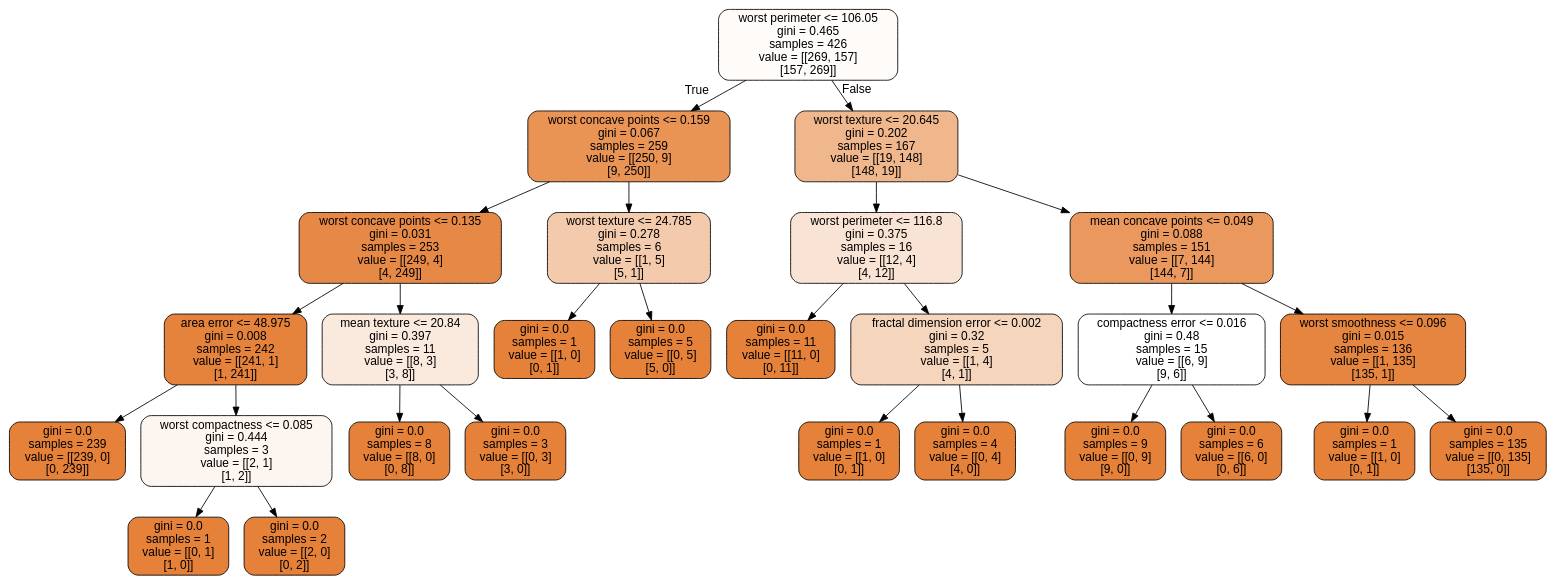
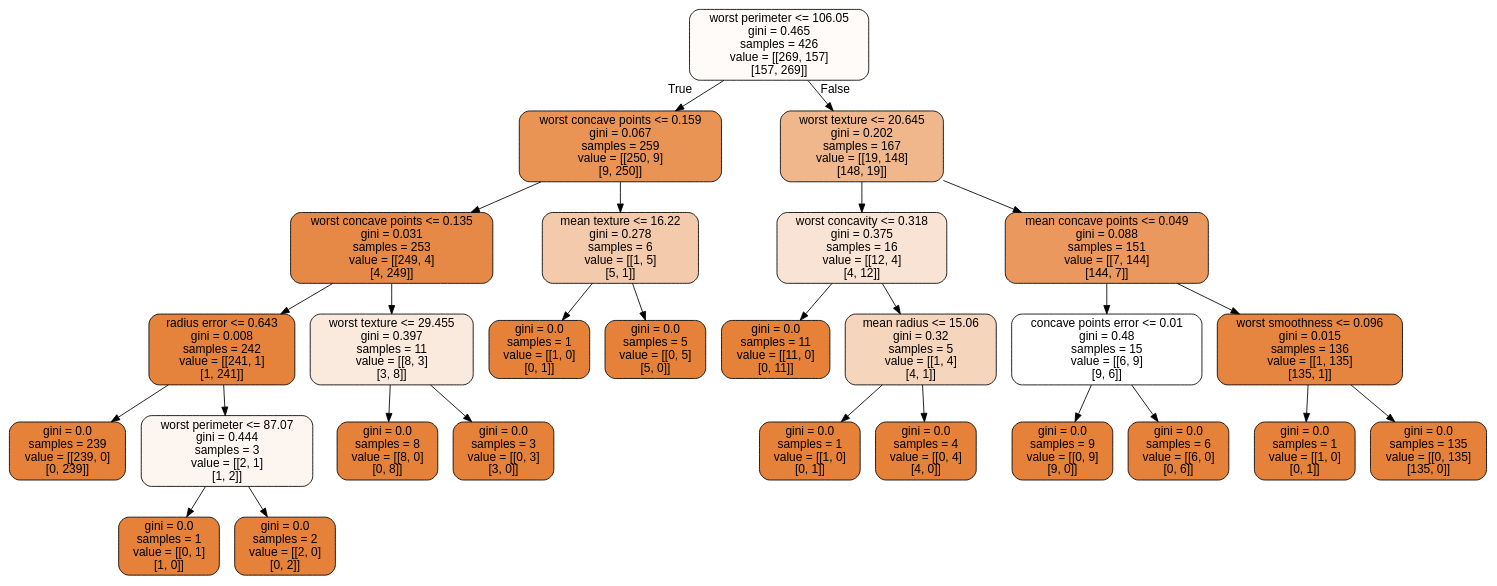
One commit to CompPhysics/MachineLearning changed the diagram in doc/LectureNotes/DataFiles/cancer.dot. Above: the diagram before and after it, drawn with Graphviz. The commit also changed 49 other files, not shown here.

```diff
--- a/doc/LectureNotes/DataFiles/cancer.dot
+++ b/doc/LectureNotes/DataFiles/cancer.dot
@@ -1,57 +1,57 @@
 digraph Tree {
 node [shape=box, style="filled, rounded", color="black", fontname="helvetica"] ;
 edge [fontname="helvetica"] ;
 0 [label="worst perimeter <= 106.05\ngini = 0.465\nsamples = 426\nvalue = [[269, 157]\n[157, 269]]", fillcolor="#fefbf9"] ;
 1 [label="worst concave points <= 0.159\ngini = 0.067\nsamples = 259\nvalue = [[250, 9]\n[9, 250]]", fillcolor="#e99355"] ;
 0 -> 1 [labeldistance=2.5, labelangle=45, headlabel="True"] ;
 2 [label="worst concave points <= 0.135\ngini = 0.031\nsamples = 253\nvalue = [[249, 4]\n[4, 249]]", fillcolor="#e78946"] ;
 1 -> 2 ;
-3 [label="area error <= 48.975\ngini = 0.008\nsamples = 242\nvalue = [[241, 1]\n[1, 241]]", fillcolor="#e5833c"] ;
+3 [label="radius error <= 0.643\ngini = 0.008\nsamples = 242\nvalue = [[241, 1]\n[1, 241]]", fillcolor="#e5833c"] ;
 2 -> 3 ;
 4 [label="gini = 0.0\nsamples = 239\nvalue = [[239, 0]\n[0, 239]]", fillcolor="#e58139"] ;
 3 -> 4 ;
-5 [label="worst compactness <= 0.085\ngini = 0.444\nsamples = 3\nvalue = [[2, 1]\n[1, 2]]", fillcolor="#fdf6f0"] ;
+5 [label="worst perimeter <= 87.07\ngini = 0.444\nsamples = 3\nvalue = [[2, 1]\n[1, 2]]", fillcolor="#fdf6f0"] ;
 3 -> 5 ;
 6 [label="gini = 0.0\nsamples = 1\nvalue = [[0, 1]\n[1, 0]]", fillcolor="#e58139"] ;
 5 -> 6 ;
 7 [label="gini = 0.0\nsamples = 2\nvalue = [[2, 0]\n[0, 2]]", fillcolor="#e58139"] ;
 5 -> 7 ;
-8 [label="mean texture <= 20.84\ngini = 0.397\nsamples = 11\nvalue = [[8, 3]\n[3, 8]]", fillcolor="#fae9dd"] ;
+8 [label="worst texture <= 29.455\ngini = 0.397\nsamples = 11\nvalue = [[8, 3]\n[3, 8]]", fillcolor="#fae9dd"] ;
 2 -> 8 ;
 9 [label="gini = 0.0\nsamples = 8\nvalue = [[8, 0]\n[0, 8]]", fillcolor="#e58139"] ;
 8 -> 9 ;
 10 [label="gini = 0.0\nsamples = 3\nvalue = [[0, 3]\n[3, 0]]", fillcolor="#e58139"] ;
 8 -> 10 ;
-11 [label="worst texture <= 24.785\ngini = 0.278\nsamples = 6\nvalue = [[1, 5]\n[5, 1]]", fillcolor="#f4caac"] ;
+11 [label="mean texture <= 16.22\ngini = 0.278\nsamples = 6\nvalue = [[1, 5]\n[5, 1]]", fillcolor="#f4caac"] ;
 1 -> 11 ;
 12 [label="gini = 0.0\nsamples = 1\nvalue = [[1, 0]\n[0, 1]]", fillcolor="#e58139"] ;
 11 -> 12 ;
 13 [label="gini = 0.0\nsamples = 5\nvalue = [[0, 5]\n[5, 0]]", fillcolor="#e58139"] ;
 11 -> 13 ;
 14 [label="worst texture <= 20.645\ngini = 0.202\nsamples = 167\nvalue = [[19, 148]\n[148, 19]]", fillcolor="#f0b68c"] ;
 0 -> 14 [labeldistance=2.5, labelangle=-45, headlabel="False"] ;
-15 [label="worst perimeter <= 116.8\ngini = 0.375\nsamples = 16\nvalue = [[12, 4]\n[4, 12]]", fillcolor="#f9e3d4"] ;
+15 [label="worst concavity <= 0.318\ngini = 0.375\nsamples = 16\nvalue = [[12, 4]\n[4, 12]]", fillcolor="#f9e3d4"] ;
 14 -> 15 ;
 16 [label="gini = 0.0\nsamples = 11\nvalue = [[11, 0]\n[0, 11]]", fillcolor="#e58139"] ;
 15 -> 16 ;
-17 [label="fractal dimension error <= 0.002\ngini = 0.32\nsamples = 5\nvalue = [[1, 4]\n[4, 1]]", fillcolor="#f6d5bd"] ;
+17 [label="mean radius <= 15.06\ngini = 0.32\nsamples = 5\nvalue = [[1, 4]\n[4, 1]]", fillcolor="#f6d5bd"] ;
 15 -> 17 ;
 18 [label="gini = 0.0\nsamples = 1\nvalue = [[1, 0]\n[0, 1]]", fillcolor="#e58139"] ;
 17 -> 18 ;
 19 [label="gini = 0.0\nsamples = 4\nvalue = [[0, 4]\n[4, 0]]", fillcolor="#e58139"] ;
 17 -> 19 ;
 20 [label="mean concave points <= 0.049\ngini = 0.088\nsamples = 151\nvalue = [[7, 144]\n[144, 7]]", fillcolor="#ea985d"] ;
 14 -> 20 ;
-21 [label="compactness error <= 0.016\ngini = 0.48\nsamples = 15\nvalue = [[6, 9]\n[9, 6]]", fillcolor="#ffffff"] ;
+21 [label="concave points error <= 0.01\ngini = 0.48\nsamples = 15\nvalue = [[6, 9]\n[9, 6]]", fillcolor="#ffffff"] ;
 20 -> 21 ;
 22 [label="gini = 0.0\nsamples = 9\nvalue = [[0, 9]\n[9, 0]]", fillcolor="#e58139"] ;
 21 -> 22 ;
 23 [label="gini = 0.0\nsamples = 6\nvalue = [[6, 0]\n[0, 6]]", fillcolor="#e58139"] ;
 21 -> 23 ;
 24 [label="worst smoothness <= 0.096\ngini = 0.015\nsamples = 136\nvalue = [[1, 135]\n[135, 1]]", fillcolor="#e6853f"] ;
 20 -> 24 ;
 25 [label="gini = 0.0\nsamples = 1\nvalue = [[1, 0]\n[0, 1]]", fillcolor="#e58139"] ;
 24 -> 25 ;
 26 [label="gini = 0.0\nsamples = 135\nvalue = [[0, 135]\n[135, 0]]", fillcolor="#e58139"] ;
 24 -> 26 ;
 }
```
